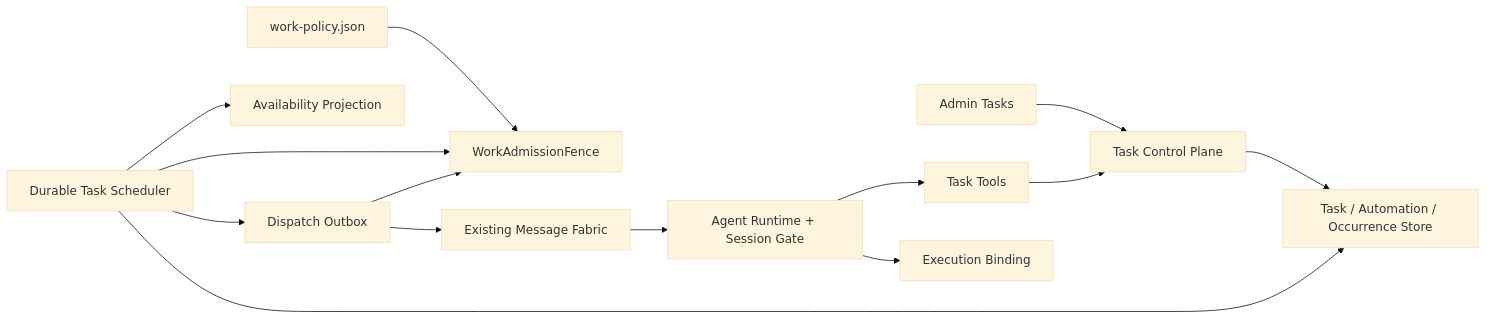
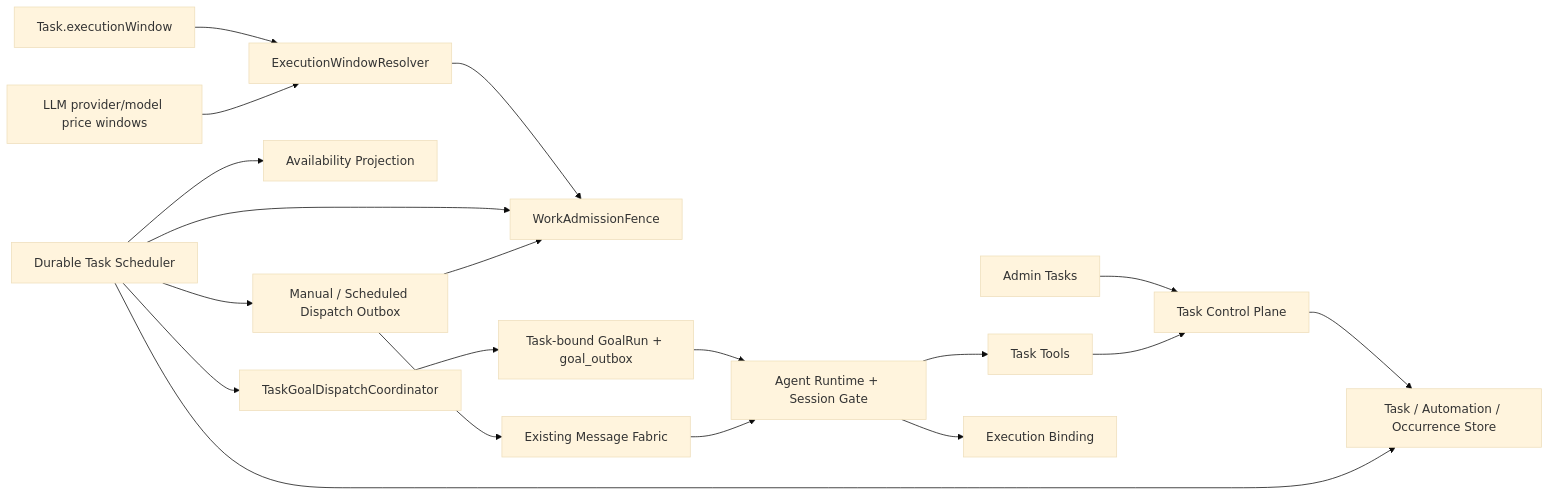
Before and after one commit to PuddingAgent/PuddingAgent: the first of 3 diagrams in Docs/07架构/86ADR-072工作区TODO峰谷Auto派发与定时任务第一阶段ADR.md, drawn with Mermaid (base theme). The commit also changed other lines of this file and 12 other files, not shown here.

Commit message:
docs: freeze ADR-074/075/076/077 + Goal/Task/Storage/Vision design packages + auto-approval v2 spec + sync code_map index

````diff
--- a/Docs/07架构/86ADR-072工作区TODO峰谷Auto派发与定时任务第一阶段ADR.md
+++ b/Docs/07架构/86ADR-072工作区TODO峰谷Auto派发与定时任务第一阶段ADR.md
@@ -150,16 +162,21 @@
 ```mermaid
 flowchart LR
     UI["Admin Tasks"] --> API["Task Control Plane"]
     Tools["Task Tools"] --> API
     API --> Store["Task / Automation / Occurrence Store"]
-    PolicyFile["work-policy.json"] --> Fence["WorkAdmissionFence"]
+    TaskWindow["Task.executionWindow"] --> Resolver["ExecutionWindowResolver"]
+    ModelPrice["LLM provider/model price windows"] --> Resolver
+    Resolver --> Fence["WorkAdmissionFence"]
     Scheduler["Durable Task Scheduler"] --> Store
     Scheduler --> Availability["Availability Projection"]
     Scheduler --> Fence
-    Scheduler --> Outbox["Dispatch Outbox"]
+    Scheduler --> Outbox["Manual / Scheduled Dispatch Outbox"]
     Outbox --> Fence
     Outbox --> Fabric["Existing Message Fabric"]
+    Scheduler --> Coordinator["TaskGoalDispatchCoordinator"]
+    Coordinator --> Goal["Task-bound GoalRun + goal_outbox"]
+    Goal --> Runtime
     Fabric --> Runtime["Agent Runtime + Session Gate"]
     Runtime --> Tools
     Runtime --> Binding["Execution Binding"]
 ```
````
